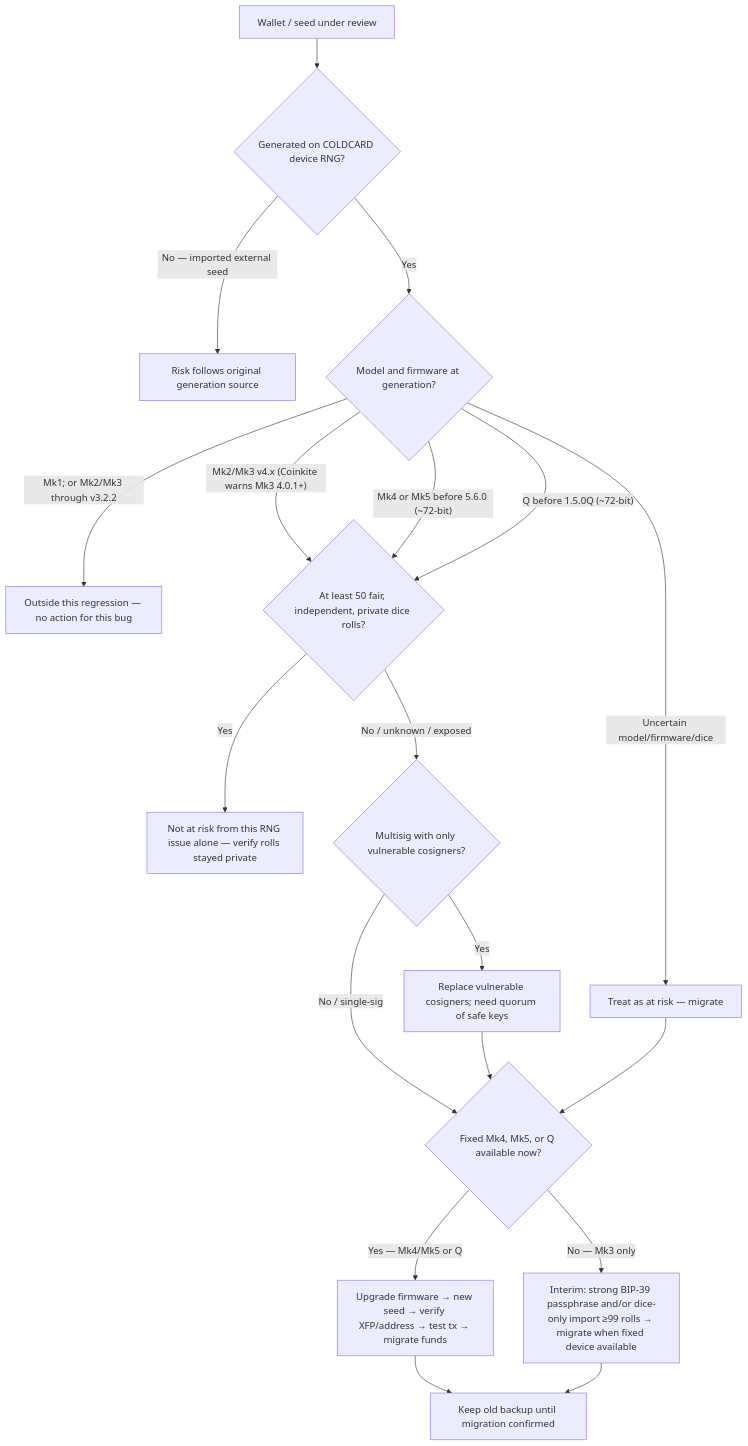
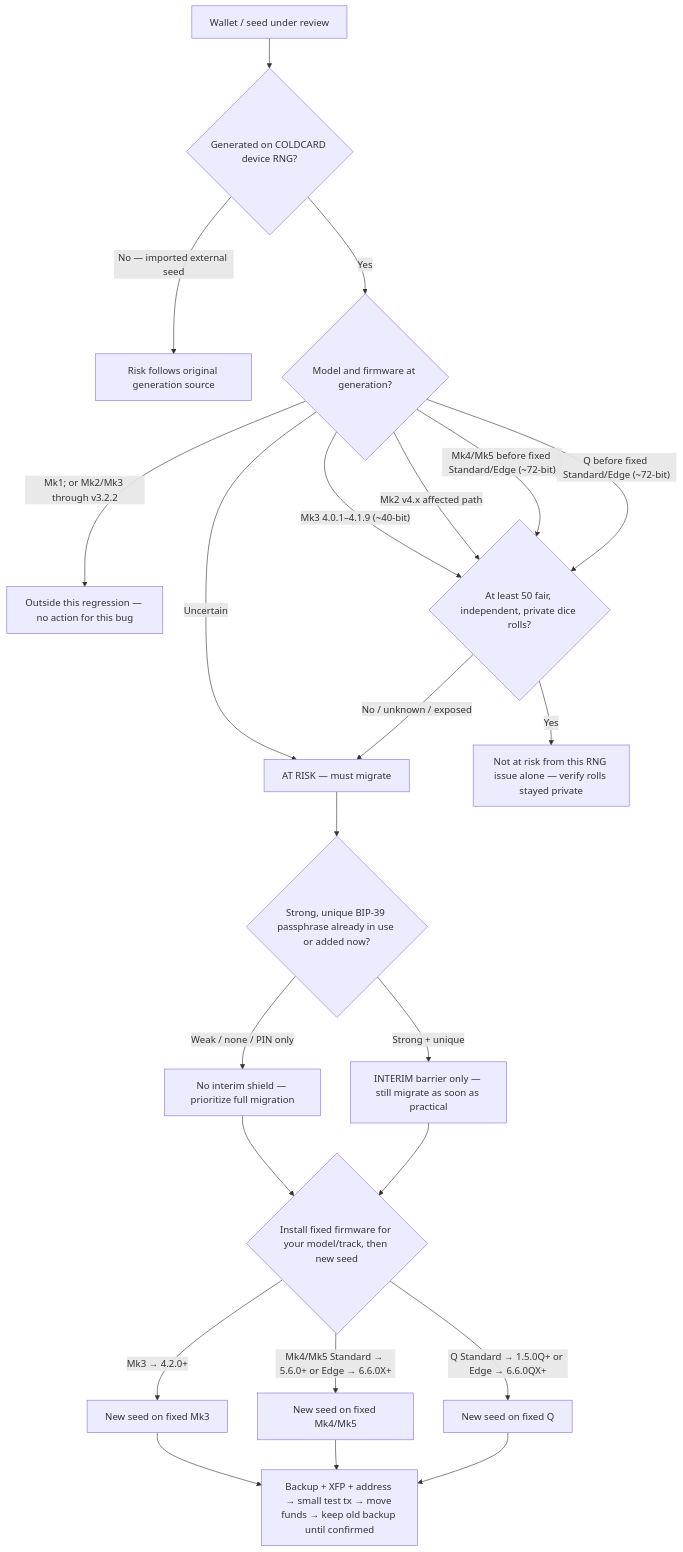
The diagram in investigations/coldcard-rng-seed-entropy-2026/README.md (lbrealdev/cc-firmware-cli), drawn with Mermaid before and after one commit. The commit also changed other lines of this file and 2 other files, not shown here.

First line of the commit message:
docs: rewrite migration tree for passphrase interim and fixed firmware

````diff
--- a/investigations/coldcard-rng-seed-entropy-2026/README.md
+++ b/investigations/coldcard-rng-seed-entropy-2026/README.md
@@ -31,28 +38,32 @@
 ```mermaid
 flowchart TD
   startNode["Wallet / seed under review"]
   startNode --> genQ{"Generated on COLDCARD device RNG?"}
   genQ -->|"No — imported external seed"| followOrigin["Risk follows original generation source"]
   genQ -->|Yes| modelQ{"Model and firmware at generation?"}
 
   modelQ -->|"Mk1; or Mk2/Mk3 through v3.2.2"| safePath["Outside this regression — no action for this bug"]
-  modelQ -->|"Mk2/Mk3 v4.x (Coinkite warns Mk3 4.0.1+)"| diceQ{"At least 50 fair, independent, private dice rolls?"}
-  modelQ -->|"Mk4 or Mk5 before 5.6.0 (~72-bit)"| diceQ
-  modelQ -->|"Q before 1.5.0Q (~72-bit)"| diceQ
-  modelQ -->|"Uncertain model/firmware/dice"| treatRisk["Treat as at risk — migrate"]
+  modelQ -->|"Mk3 4.0.1–4.1.9 (~40-bit)"| diceQ{"At least 50 fair, independent, private dice rolls?"}
+  modelQ -->|"Mk2 v4.x affected path"| diceQ
+  modelQ -->|"Mk4/Mk5 before fixed Standard/Edge (~72-bit)"| diceQ
+  modelQ -->|"Q before fixed Standard/Edge (~72-bit)"| diceQ
+  modelQ -->|"Uncertain"| atRisk["AT RISK — must migrate"]
 
-  diceQ -->|"Yes"| diceOk["Not at risk from this RNG issue alone — verify rolls stayed private"]
-  diceQ -->|"No / unknown / exposed"| multiQ{"Multisig with only vulnerable cosigners?"}
+  diceQ -->|Yes| diceOk["Not at risk from this RNG issue alone — verify rolls stayed private"]
+  diceQ -->|"No / unknown / exposed"| atRisk
 
-  multiQ -->|"Yes"| multiFix["Replace vulnerable cosigners; need quorum of safe keys"]
-  multiQ -->|"No / single-sig"| deviceQ{"Fixed Mk4, Mk5, or Q available now?"}
+  atRisk --> passQ{"Strong, unique BIP-39 passphrase already in use or added now?"}
+  passQ -->|"Weak / none / PIN only"| noShield["No interim shield — prioritize full migration"]
+  passQ -->|"Strong + unique"| interim["INTERIM barrier only — still migrate as soon as practical"]
 
-  multiFix --> deviceQ
+  noShield --> exitQ{"Install fixed firmware for your model/track, then new seed"}
+  interim --> exitQ
 
-  deviceQ -->|"Yes — Mk4/Mk5 or Q"| upgradePath["Upgrade firmware → new seed → verify XFP/address → test tx → migrate funds"]
-  deviceQ -->|"No — Mk3 only"| interimPath["Interim: strong BIP-39 passphrase and/or dice-only import ≥99 rolls → migrate when fixed device available"]
+  exitQ -->|"Mk3 → 4.2.0+"| mk3Exit["New seed on fixed Mk3"]
+  exitQ -->|"Mk4/Mk5 Standard → 5.6.0+ or Edge → 6.6.0X+"| mk45Exit["New seed on fixed Mk4/Mk5"]
+  exitQ -->|"Q Standard → 1.5.0Q+ or Edge → 6.6.0QX+"| qExit["New seed on fixed Q"]
 
-  upgradePath --> doneNode["Keep old backup until migration confirmed"]
-  interimPath --> doneNode
-  treatRisk --> deviceQ
+  mk3Exit --> verifyPath["Backup + XFP + address → small test tx → move funds → keep old backup until confirmed"]
+  mk45Exit --> verifyPath
+  qExit --> verifyPath
 ```
````
